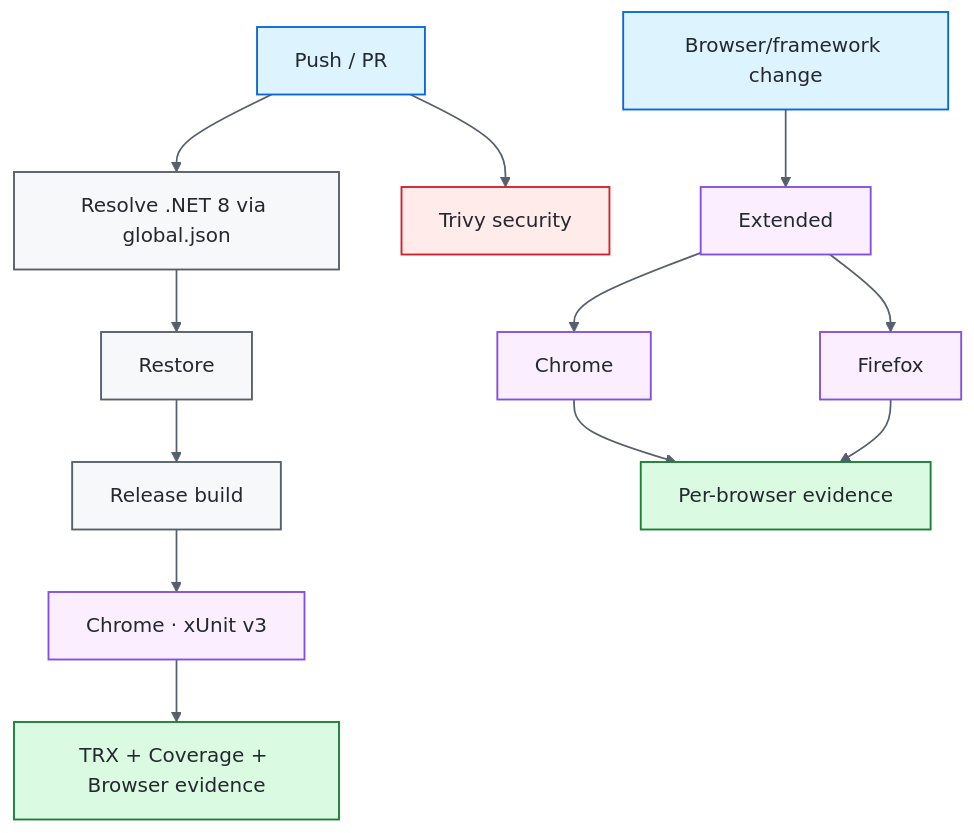
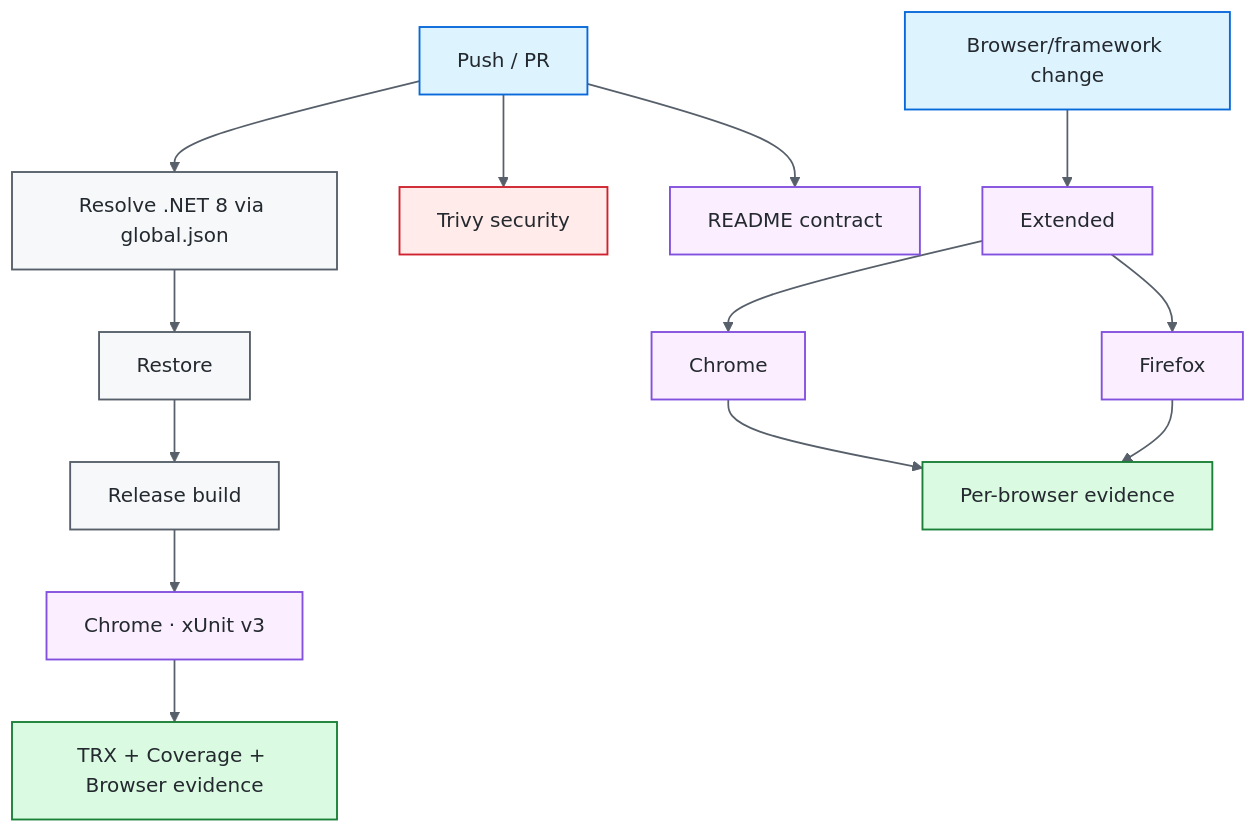
The third of 3 diagrams in README.md (portyu9/qa-automation-dotnet-selenium), drawn with Mermaid before and after one commit. The commit also changed other lines of this file and 2 other files, not shown here.

````diff
--- a/README.md
+++ b/README.md
@@ -334,27 +368,28 @@
 ```mermaid
 flowchart TD
     PR[Push / PR] --> SDK[Resolve .NET 8 via global.json]
     SDK --> RESTORE[Restore]
     RESTORE --> BUILD[Release build]
     BUILD --> TEST[Chrome · xUnit v3]
     TEST --> TRX[TRX + Coverage + Browser evidence]
 
     PR --> SEC[Trivy security]
+    PR --> DOCS[README contract]
     BCHANGE[Browser/framework change] --> EXT[Extended]
     EXT --> CH[Chrome]
     EXT --> FF[Firefox]
     CH --> E[Per-browser evidence]
     FF --> E
 
     classDef entry fill:#ddf4ff,stroke:#0969da,color:#24292f,stroke-width:1.5px;
     classDef core fill:#f6f8fa,stroke:#57606a,color:#24292f,stroke-width:1.5px;
     classDef gate fill:#fbefff,stroke:#8250df,color:#24292f,stroke-width:1.5px;
     classDef evidence fill:#dafbe1,stroke:#1a7f37,color:#24292f,stroke-width:1.5px;
     classDef security fill:#ffebe9,stroke:#cf222e,color:#24292f,stroke-width:1.5px;
     class PR,BCHANGE entry;
     class SDK,RESTORE,BUILD core;
-    class TEST,EXT,CH,FF gate;
+    class TEST,EXT,CH,FF,DOCS gate;
     class SEC security;
     class TRX,E evidence;
     linkStyle default stroke:#57606a,stroke-width:1.4px;
 ```
````
